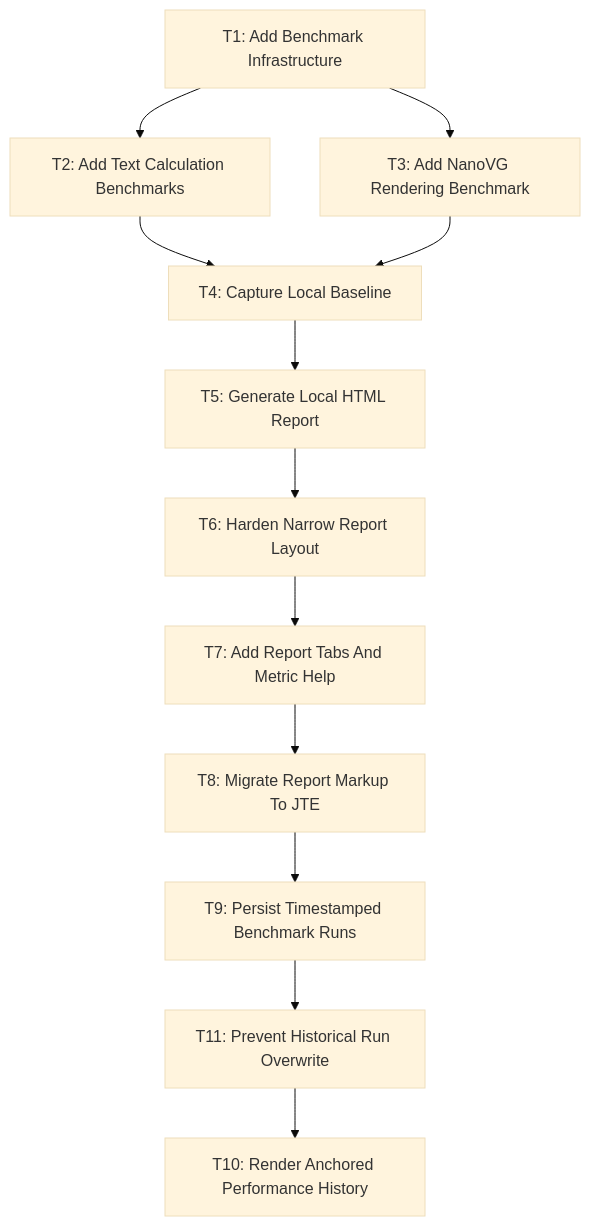
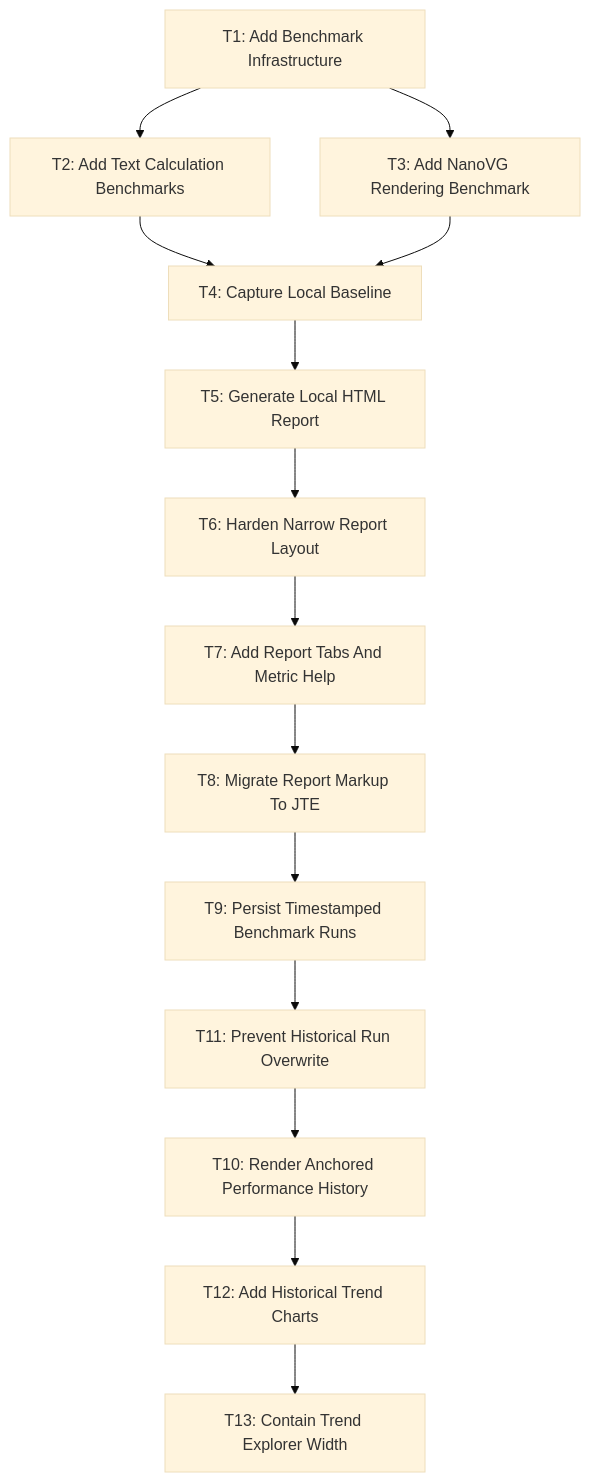
The diagram in docs/work/E4/M1/P1 - Add and run text benchmarks.md (SpinyOwl/SpinyGUI), drawn with Mermaid (base theme) before and after one commit. The commit also changed other lines of this file and 8 other files, not shown here.

Commit message:
Add benchmark history trend charts

````diff
--- a/docs/work/E4/M1/P1 - Add and run text benchmarks.md
+++ b/docs/work/E4/M1/P1 - Add and run text benchmarks.md
@@ -79,25 +91,29 @@
 ```mermaid
 flowchart TD
   T1["T1: Add Benchmark Infrastructure"]
   T2["T2: Add Text Calculation Benchmarks"]
   T3["T3: Add NanoVG Rendering Benchmark"]
   T4["T4: Capture Local Baseline"]
   T5["T5: Generate Local HTML Report"]
   T6["T6: Harden Narrow Report Layout"]
   T7["T7: Add Report Tabs And Metric Help"]
   T8["T8: Migrate Report Markup To JTE"]
   T9["T9: Persist Timestamped Benchmark Runs"]
   T10["T10: Render Anchored Performance History"]
   T11["T11: Prevent Historical Run Overwrite"]
+  T12["T12: Add Historical Trend Charts"]
+  T13["T13: Contain Trend Explorer Width"]
   T1 --> T2
   T1 --> T3
   T2 --> T4
   T3 --> T4
   T4 --> T5
   T5 --> T6
   T6 --> T7
   T7 --> T8
   T8 --> T9
   T9 --> T11
   T11 --> T10
+  T10 --> T12
+  T12 --> T13
 ```
````
